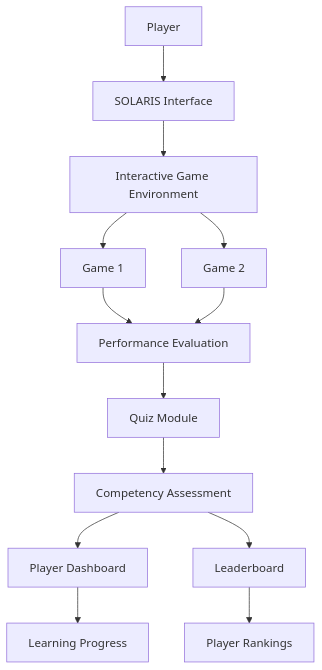
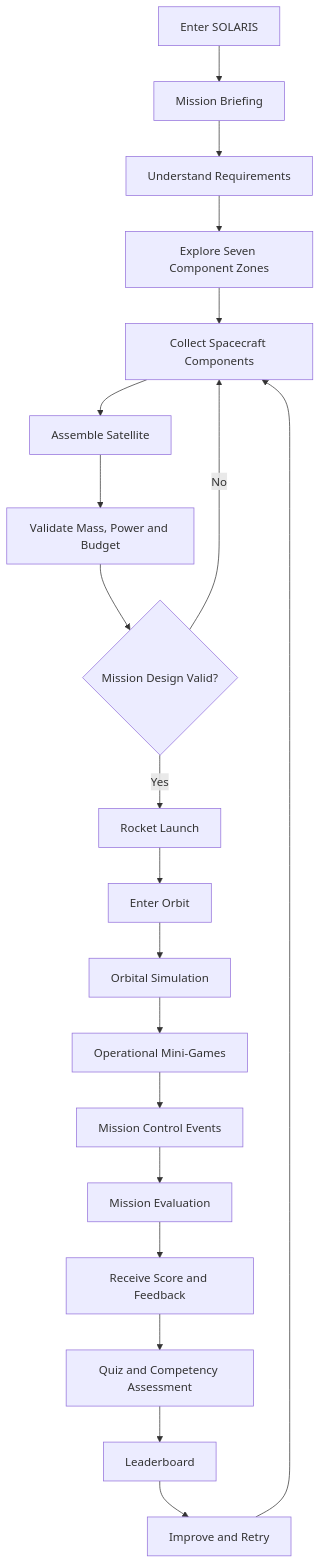
One commit to CHANDNI-VARYANI/Solaris-space-mission-game changed the first of 2 diagrams in README.md. Above: the diagram before and after it, drawn with Mermaid. The commit also changed other lines of this file, not shown here.

````diff
--- a/README.md
+++ b/README.md
@@ -156,15 +389,22 @@
 ```mermaid
 flowchart TD
-    A[Player] --> B[SOLARIS Interface]
-    B --> C[Interactive Game Environment]
-    C --> D[Game 1]
-    C --> E[Game 2]
-    D --> F[Performance Evaluation]
-    E --> F
-    F --> G[Quiz Module]
-    G --> H[Competency Assessment]
-    H --> I[Player Dashboard]
-    H --> J[Leaderboard]
-    I --> K[Learning Progress]
-    J --> L[Player Rankings]
+    A[Enter SOLARIS] --> B[Mission Briefing]
+    B --> C[Understand Requirements]
+    C --> D[Explore Seven Component Zones]
+    D --> E[Collect Spacecraft Components]
+    E --> F[Assemble Satellite]
+    F --> G[Validate Mass, Power and Budget]
+    G --> H{Mission Design Valid?}
+    H -->|No| E
+    H -->|Yes| I[Rocket Launch]
+    I --> J[Enter Orbit]
+    J --> K[Orbital Simulation]
+    K --> L[Operational Mini-Games]
+    L --> M[Mission Control Events]
+    M --> N[Mission Evaluation]
+    N --> O[Receive Score and Feedback]
+    O --> P[Quiz and Competency Assessment]
+    P --> Q[Leaderboard]
+    Q --> R[Improve and Retry]
+    R --> E
 ```
````
